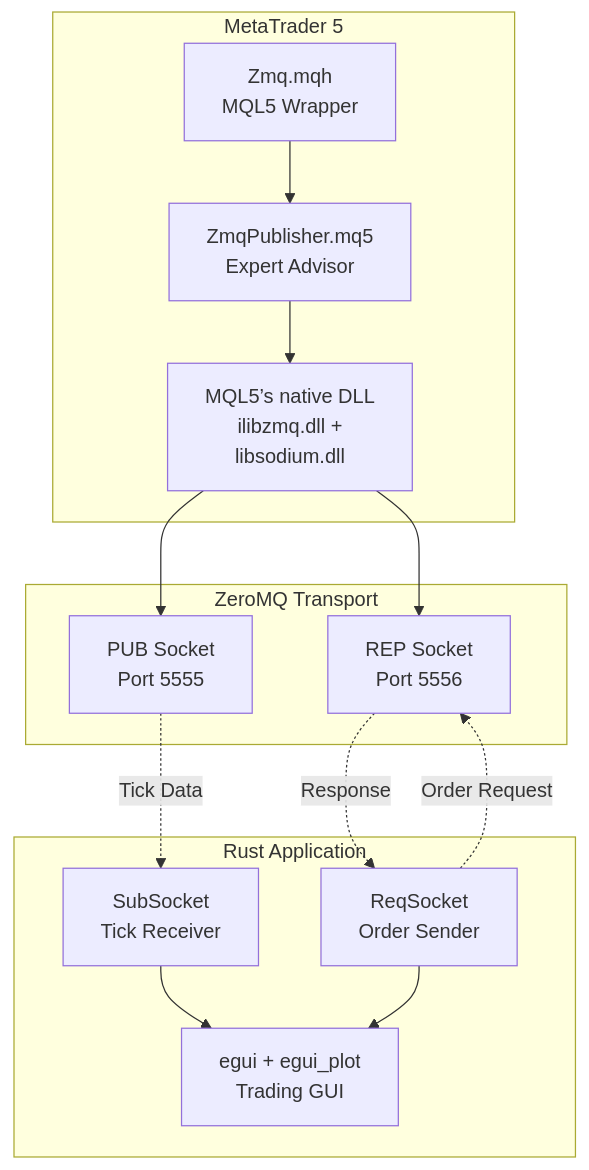
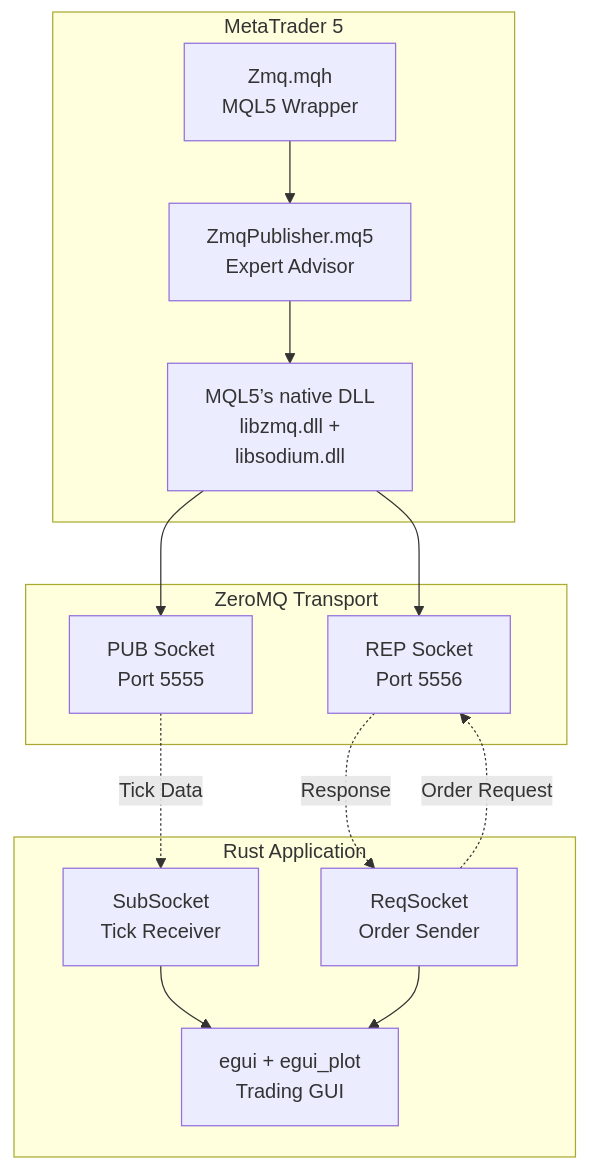
Before and after one commit to algorembrant/SUM3API: the first of 8 diagrams in MQL5-Rustmt5-chart-Documentation.md, drawn with Mermaid. The commit also changed 1 other file, not shown here.

Commit message:
feat: delete i

````diff
--- a/MQL5-Rustmt5-chart-Documentation.md
+++ b/MQL5-Rustmt5-chart-Documentation.md
@@ -45,30 +45,30 @@
 ```mermaid
 flowchart TB
     subgraph MT5["MetaTrader 5"]
         EA[ZmqPublisher.mq5<br/>Expert Advisor]
-        ZMQ_LIB[MQL5’s native DLL<br/>ilibzmq.dll + <br/>libsodium.dll]
+        ZMQ_LIB[MQL5’s native DLL<br/>libzmq.dll + <br/>libsodium.dll]
         WRAPPER[Zmq.mqh<br/>MQL5 Wrapper]
     end
     
     subgraph Network["ZeroMQ Transport"]
         PUB_SOCKET[PUB Socket<br/>Port 5555]
         REP_SOCKET[REP Socket<br/>Port 5556]
     end
     
     subgraph RUST["Rust Application"]
         SUB[SubSocket<br/>Tick Receiver]
         REQ[ReqSocket<br/>Order Sender]
         GUI[egui + egui_plot<br/>Trading GUI]
     end
     
     EA --> ZMQ_LIB
     ZMQ_LIB --> PUB_SOCKET & REP_SOCKET
     WRAPPER --> EA
     
     PUB_SOCKET -.->|Tick Data| SUB
     REQ -.->|Order Request| REP_SOCKET
     REP_SOCKET -.->|Response| REQ
     
     SUB --> GUI
     REQ --> GUI
 ```
````
